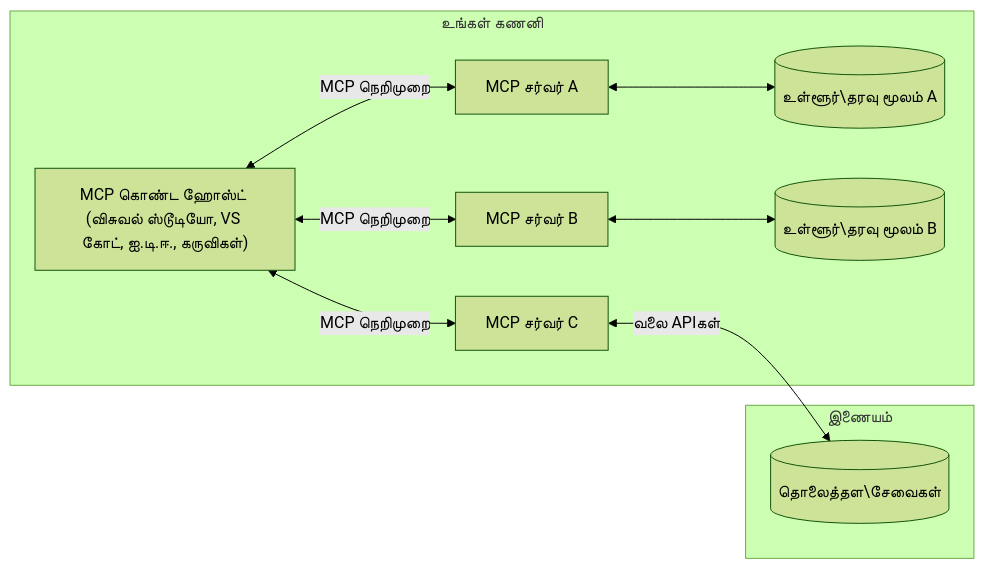
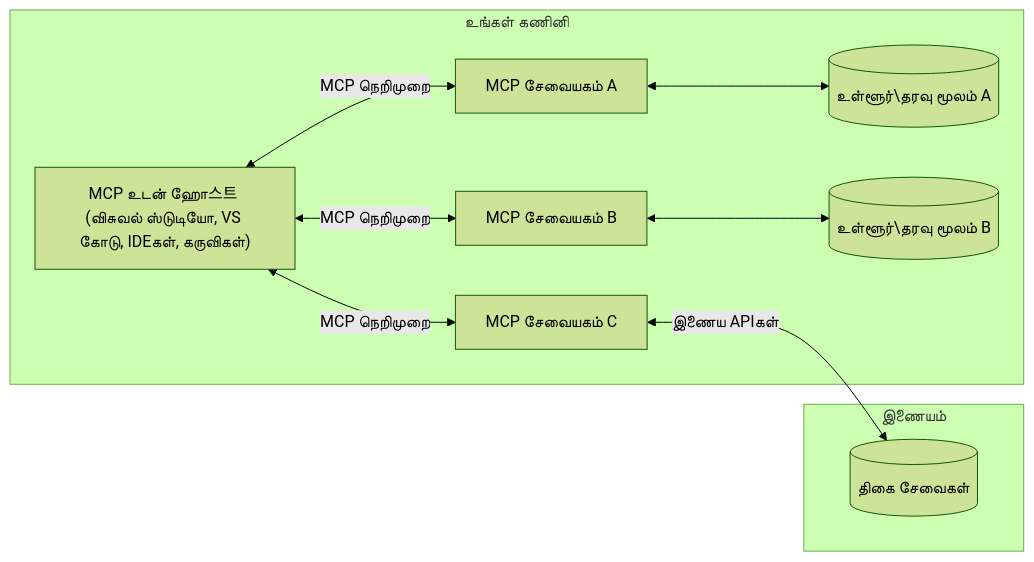
One commit to Mu-L/mcp-for-beginners changed the diagram in translations/ta/01-CoreConcepts/README.md. Above: the diagram before and after it, drawn with Mermaid (forest theme). The commit also changed other lines of this file and 5 other files, not shown here.

````diff
--- a/translations/ta/01-CoreConcepts/README.md
+++ b/translations/ta/01-CoreConcepts/README.md
@@ -45,17 +45,17 @@
 ```mermaid
 flowchart LR
-    subgraph "உங்கள் கணனி"
-        Host["MCP கொண்ட ஹோஸ்ட் (விசுவல் ஸ்டூடியோ, VS கோட், ஐ.டி.ஈ., கருவிகள்)"]
-        S1["MCP சர்வர் A"]
-        S2["MCP சர்வர் B"]
-        S3["MCP சர்வர் C"]
+    subgraph "உங்கள் கணினி"
+        Host["MCP உடன் ஹோ스트 (விசுவல் ஸ்டுடியோ, VS கோடு, IDEகள், கருவிகள்)"]
+        S1["MCP சேவையகம் A"]
+        S2["MCP சேவையகம் B"]
+        S3["MCP சேவையகம் C"]
         Host <-->|"MCP நெறிமுறை"| S1
         Host <-->|"MCP நெறிமுறை"| S2
         Host <-->|"MCP நெறிமுறை"| S3
         S1 <--> D1[("உள்ளூர்\தரவு மூலம் A")]
         S2 <--> D2[("உள்ளூர்\தரவு மூலம் B")]
     end
     subgraph "இணையம்"
-        S3 <-->|"வலை APIகள்"| D3[("தொலைத்தள\சேவைகள்")]
+        S3 <-->|"இணைய APIகள்"| D3[("திகை சேவைகள்")]
     end
-```
+```  
````
